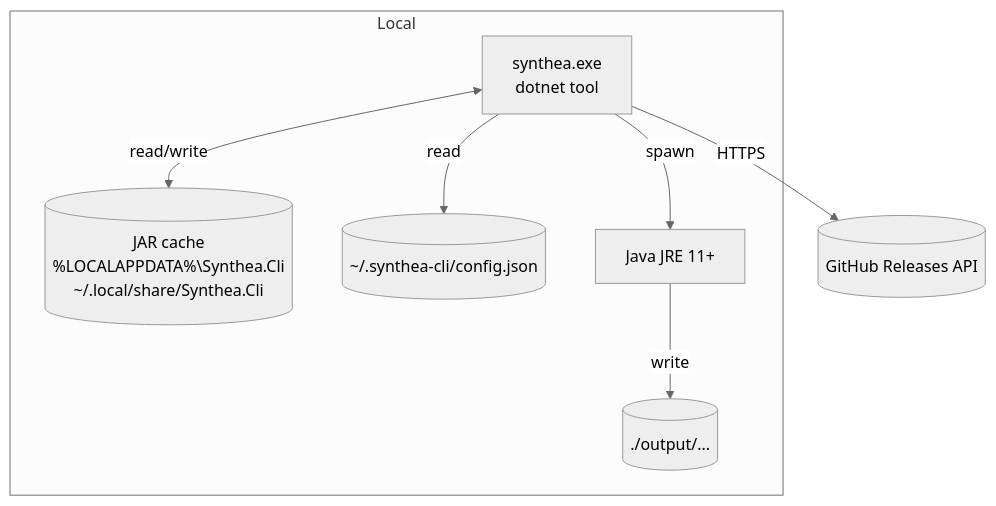
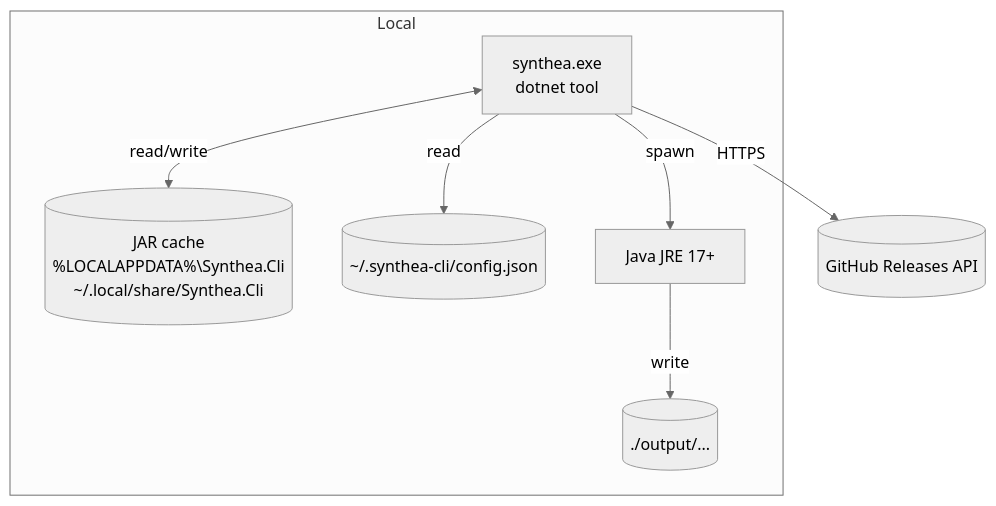
Before and after one commit to Kmanley1/SyntheaCli: the second of 4 diagrams in docs/deliverables/Architecture.md, drawn with Mermaid (neutral theme). The commit also changed other lines of this file and 8 other files, not shown here.

````diff
--- a/docs/deliverables/Architecture.md
+++ b/docs/deliverables/Architecture.md
@@ -44,17 +44,17 @@
 ```mermaid
 flowchart TB
     subgraph Local
         Cli[synthea.exe<br/>dotnet tool]
         Cache[(JAR cache<br/>%LOCALAPPDATA%\Synthea.Cli<br/>~/.local/share/Synthea.Cli)]
         Config[(~/.synthea-cli/config.json)]
         Out[(./output/...)]
-        Java[Java JRE 11+]
+        Java[Java JRE 17+]
     end
     GitHub[(GitHub Releases API)]
 
     Cli -- read --> Config
     Cli <-- read/write --> Cache
     Cli -- HTTPS --> GitHub
     Cli -- spawn --> Java
     Java -- write --> Out
 ```
````
